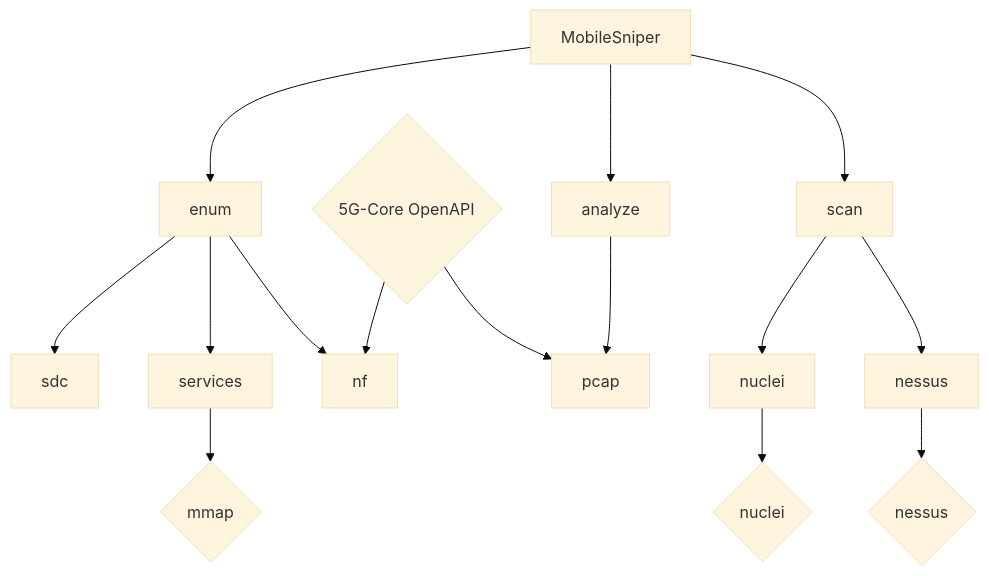
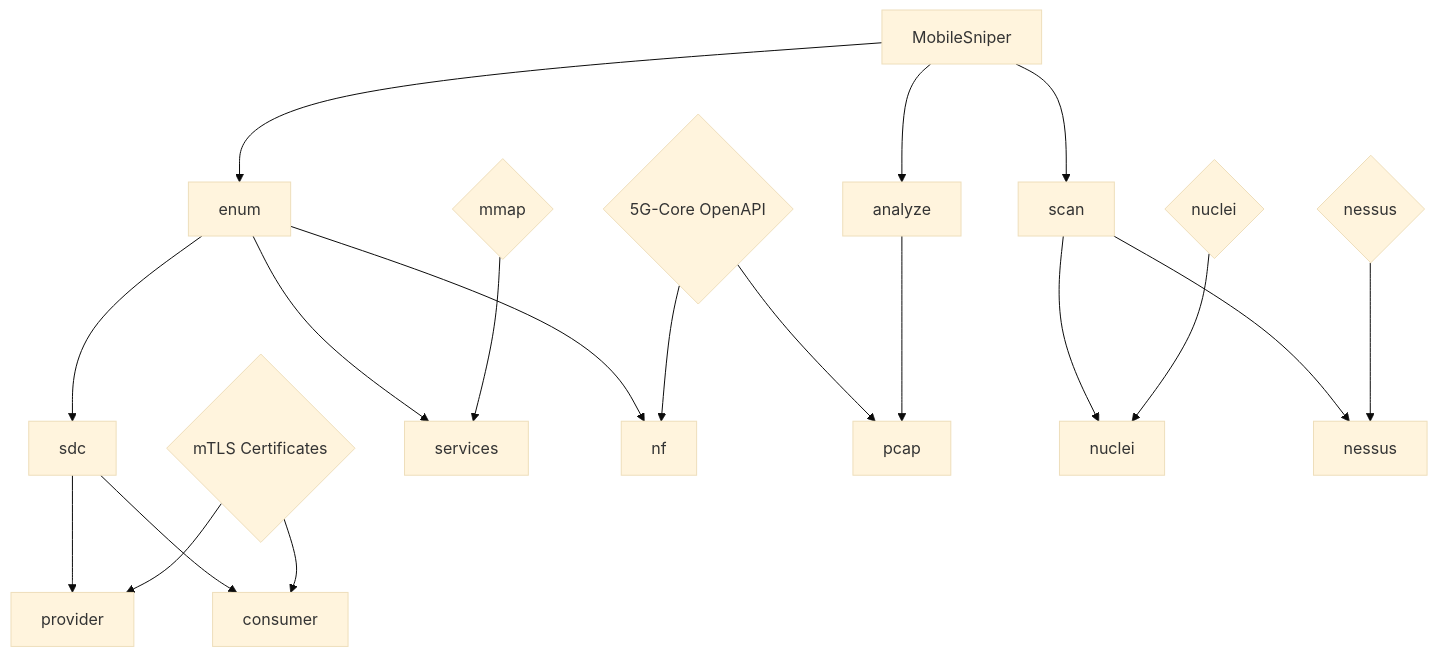
Before and after one commit to domai-tb/mobilesniper: the diagram in docs/Architecture.md, drawn with Mermaid (base theme). The commit also changed 3 other files, not shown here.

````diff
--- a/docs/Architecture.md
+++ b/docs/Architecture.md
@@ -7,18 +7,29 @@
 ```mermaid
 graph TD
     A[MobileSniper] --> B1[enum]
     A --> B2[analyze]
     A --> B3[scan]
     
     B1 --> C3[sdc]
-    B1 --> C1[services] --> X1{mmap}
+    C3 --> C4[provider]
+    C3 --> C5[consumer]
+
+    X3{mTLS Certificates} --> C4
+    X3 --> C5
+
+    B1 --> C1[services]
     B1 --> C2[nf]
+    
+    X1{mmap} --> C1
 
     X5{5G-Core OpenAPI} --> C2
     X5 --> D1
     
     B2 --> D1[pcap]
     
-    B3 --> E1[nuclei] --> X2{nuclei}
-    B3 --> E2[nessus] --> X4{nessus}
+    B3 --> E1[nuclei]
+    X2{nuclei} --> E1
+
+    B3 --> E2[nessus]
+    X4{nessus} --> E2
 ```
````
